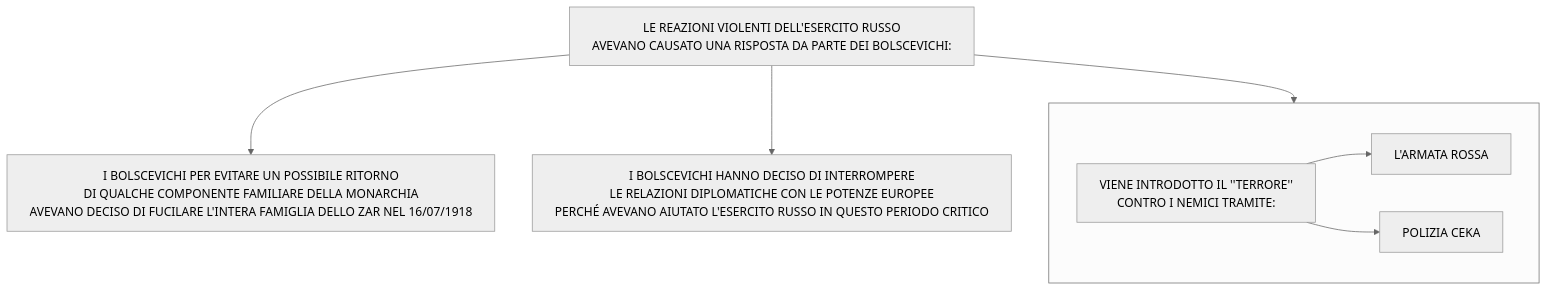
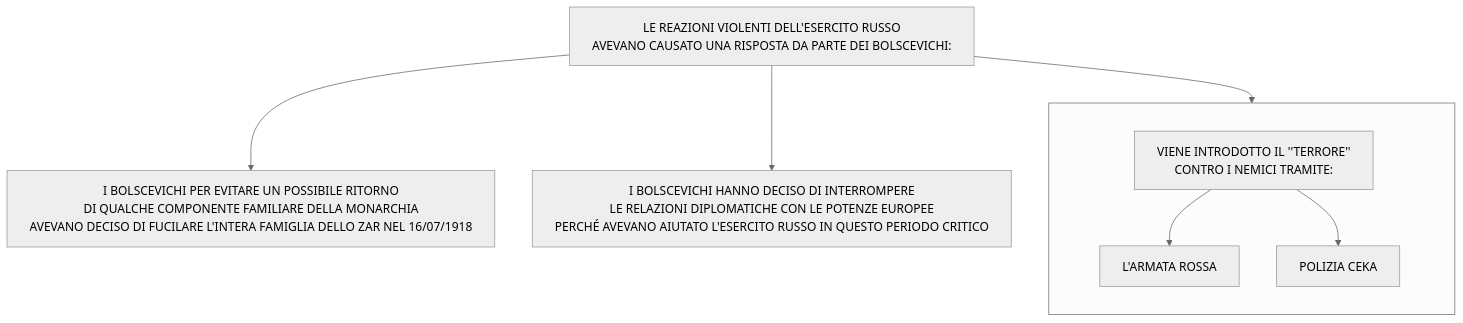
Before and after one commit to Laaouatni/ricerca-storia-MermaidJS: the seventh of 7 diagrams in stalinismoRiscrittura.md, drawn with Mermaid (neutral theme).

````diff
--- a/stalinismoRiscrittura.md
+++ b/stalinismoRiscrittura.md
@@ -120,14 +120,15 @@
 ```mermaid
 %%{init: { "flowchart": { "wrappingWidth": 800 } }}%%
 flowchart TB
   0[LE REAZIONI VIOLENTI DELL'ESERCITO RUSSO <br>AVEVANO CAUSATO UNA RISPOSTA DA PARTE DEI BOLSCEVICHI:]
   1[I BOLSCEVICHI PER EVITARE UN POSSIBILE RITORNO <BR>DI QUALCHE COMPONENTE FAMILIARE DELLA MONARCHIA <BR> AVEVANO DECISO DI FUCILARE L'INTERA FAMIGLIA DELLO ZAR NEL 16/07/1918]
   2[I BOLSCEVICHI HANNO DECISO DI INTERROMPERE <br>LE RELAZIONI DIPLOMATICHE CON LE POTENZE EUROPEE <br> PERCHÉ AVEVANO AIUTATO L'ESERCITO RUSSO IN QUESTO PERIODO CRITICO]
   subgraph 30[" "]
+    direction TB
     3[VIENE INTRODOTTO IL ''TERRORE'' <BR> CONTRO I NEMICI TRAMITE:]
     4[L'ARMATA ROSSA]
     5[POLIZIA CEKA]
     3 --> 4 & 5
   end
   0 --> 1 & 2 & 30
 ```
````
